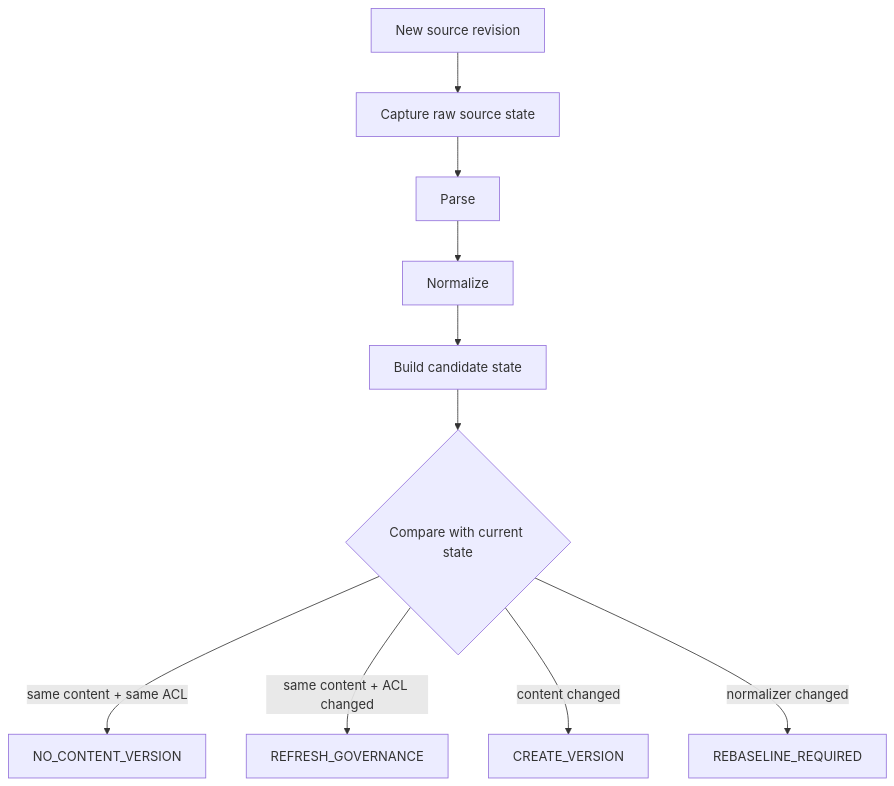
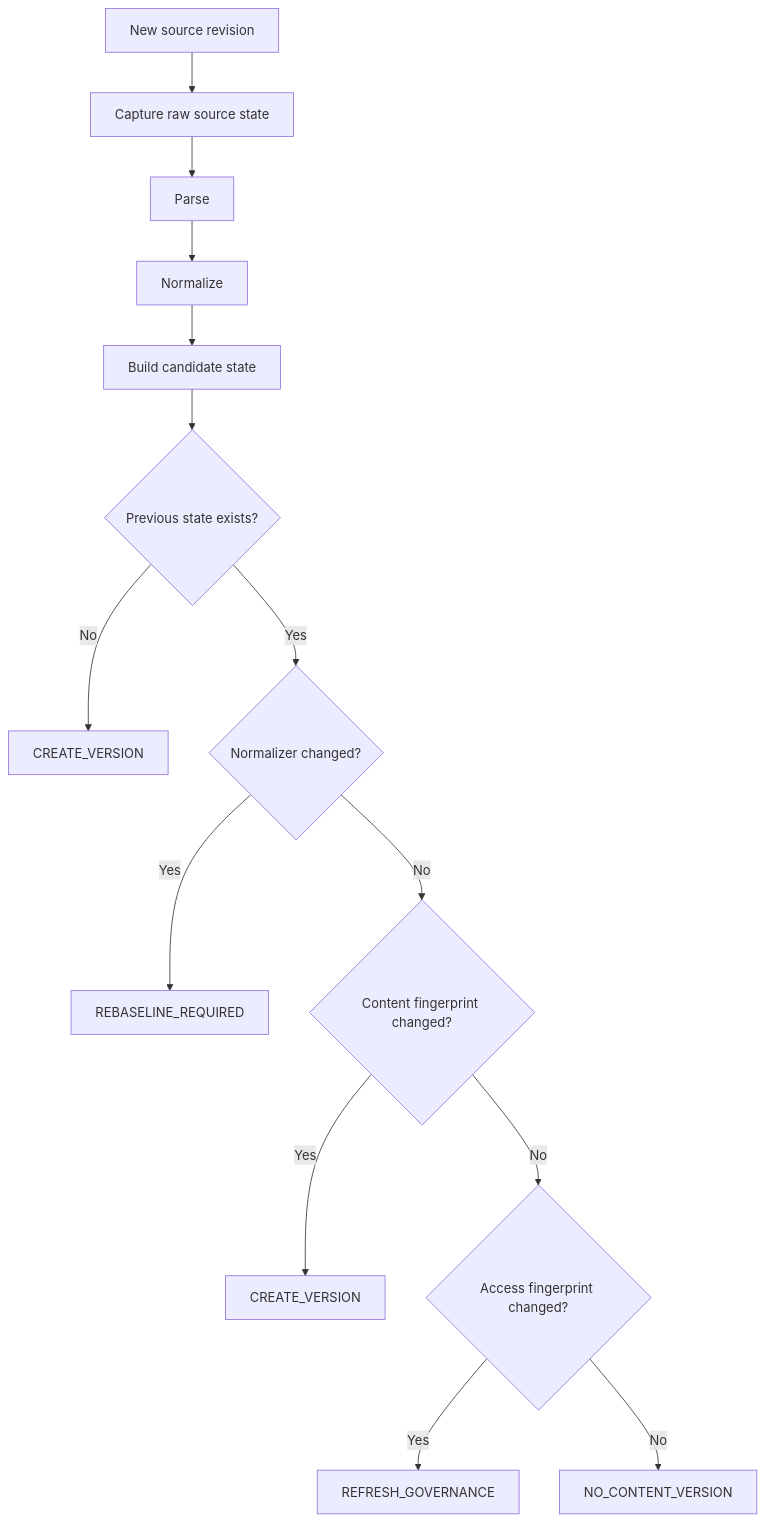
One commit to kumarchandansingh/tropos changed the sixth of 17 diagrams in docs/learning/ENTERPRISE_KNOWLEDGE_SYSTEMS_INTERVIEW_GUIDE.md. Above: the diagram before and after it, drawn with Mermaid. The commit also changed other lines of this file, not shown here.

````diff
--- a/docs/learning/ENTERPRISE_KNOWLEDGE_SYSTEMS_INTERVIEW_GUIDE.md
+++ b/docs/learning/ENTERPRISE_KNOWLEDGE_SYSTEMS_INTERVIEW_GUIDE.md
@@ -170,12 +370,16 @@
 ```mermaid
 flowchart TD
     A[New source revision] --> B[Capture raw source state]
     B --> C[Parse]
     C --> D[Normalize]
     D --> E[Build candidate state]
-    E --> F{Compare with current state}
-    F -->|same content + same ACL| G[NO_CONTENT_VERSION]
-    F -->|same content + ACL changed| H[REFRESH_GOVERNANCE]
-    F -->|content changed| I[CREATE_VERSION]
-    F -->|normalizer changed| J[REBASELINE_REQUIRED]
+    E --> F{Previous state exists?}
+    F -->|No| G[CREATE_VERSION]
+    F -->|Yes| H{Normalizer changed?}
+    H -->|Yes| I[REBASELINE_REQUIRED]
+    H -->|No| J{Content fingerprint changed?}
+    J -->|Yes| K[CREATE_VERSION]
+    J -->|No| L{Access fingerprint changed?}
+    L -->|Yes| M[REFRESH_GOVERNANCE]
+    L -->|No| N[NO_CONTENT_VERSION]
 ```
````
